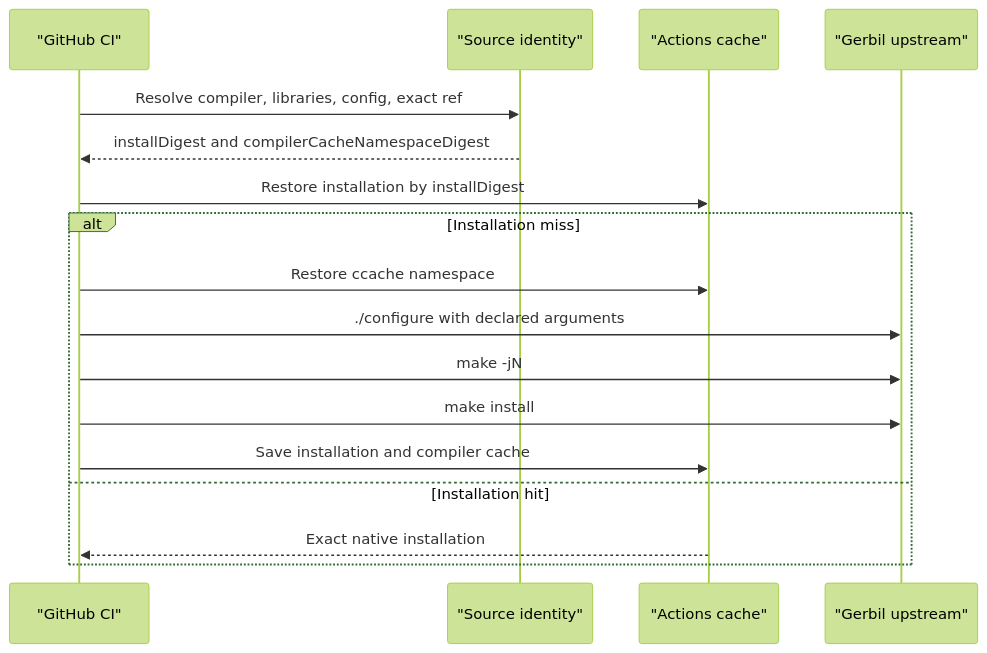
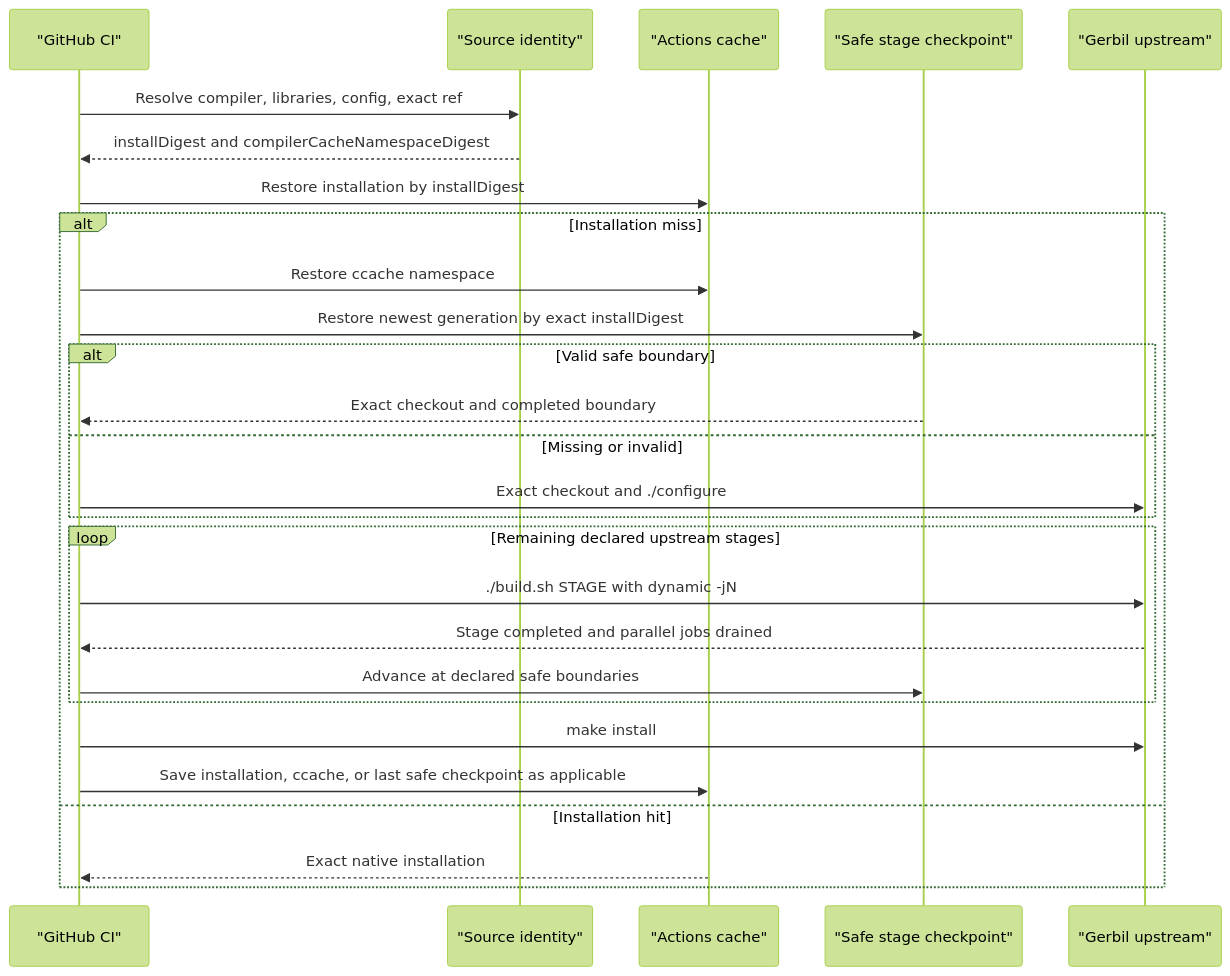
One commit to tao3k/gerbil-bazel changed the second of 3 diagrams in docs/rfc/0007-source-build-identity-v1.org. Above: the diagram before and after it, drawn with Mermaid (forest theme). The commit also changed other lines of this file and 18 other files, not shown here.

Commit message:
ci: resume Gerbil builds from safe stage checkpoints

```diff
--- a/docs/rfc/0007-source-build-identity-v1.org
+++ b/docs/rfc/0007-source-build-identity-v1.org
@@ -102,19 +131,29 @@
 #+begin_src mermaid
 sequenceDiagram
   participant CI as "GitHub CI"
   participant ID as "Source identity"
   participant Cache as "Actions cache"
+  participant Checkpoint as "Safe stage checkpoint"
   participant Upstream as "Gerbil upstream"
   CI->>ID: Resolve compiler, libraries, config, exact ref
   ID-->>CI: installDigest and compilerCacheNamespaceDigest
   CI->>Cache: Restore installation by installDigest
   alt Installation miss
     CI->>Cache: Restore ccache namespace
-    CI->>Upstream: ./configure with declared arguments
-    CI->>Upstream: make -jN
+    CI->>Checkpoint: Restore newest generation by exact installDigest
+    alt Valid safe boundary
+      Checkpoint-->>CI: Exact checkout and completed boundary
+    else Missing or invalid
+      CI->>Upstream: Exact checkout and ./configure
+    end
+    loop Remaining declared upstream stages
+      CI->>Upstream: ./build.sh STAGE with dynamic -jN
+      Upstream-->>CI: Stage completed and parallel jobs drained
+      CI->>Checkpoint: Advance at declared safe boundaries
+    end
     CI->>Upstream: make install
-    CI->>Cache: Save installation and compiler cache
+    CI->>Cache: Save installation, ccache, or last safe checkpoint as applicable
   else Installation hit
     Cache-->>CI: Exact native installation
   end
 #+end_src
```
